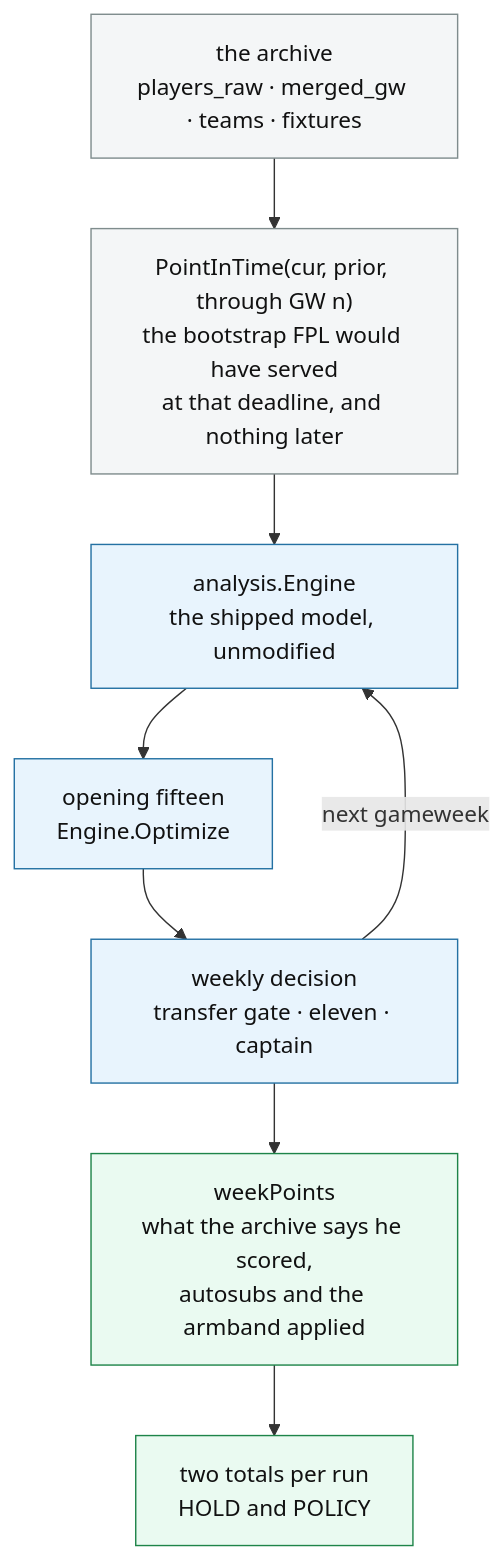
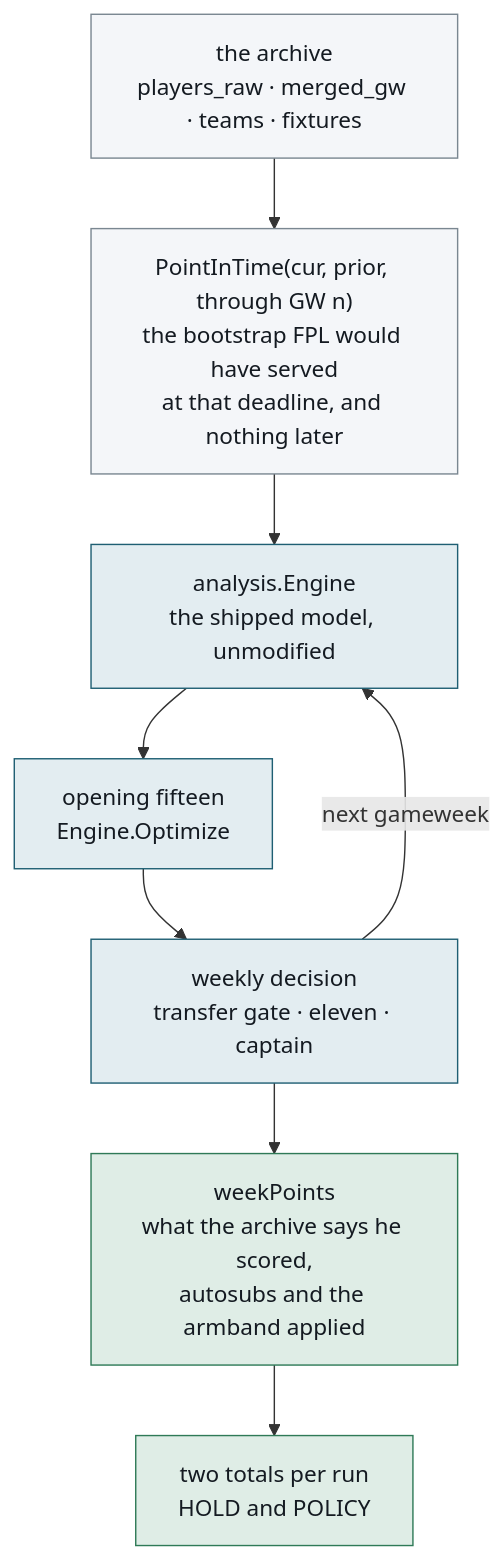
Before and after one commit to beeradb/FPL-Armband: the first of 6 diagrams in docs/replay.md, drawn with Mermaid. The commit also changed other lines of this file and 12 other files, not shown here.

````diff
--- a/docs/replay.md
+++ b/docs/replay.md
@@ -21,25 +24,25 @@
 ```mermaid
 flowchart TB
     arch["the archive<br/>players_raw · merged_gw · teams · fixtures"]
     pit["PointInTime(cur, prior, through GW n)<br/>the bootstrap FPL would have served<br/>at that deadline, and nothing later"]
     eng["analysis.Engine<br/>the shipped model, unmodified"]
     squad["opening fifteen<br/>Engine.Optimize"]
     week["weekly decision<br/>transfer gate · eleven · captain"]
     paid["weekPoints<br/>what the archive says he scored,<br/>autosubs and the armband applied"]
     two["two totals per run<br/>HOLD and POLICY"]
 
     arch --> pit
     pit --> eng
     eng --> squad
     squad --> week
     week -->|"next gameweek"| eng
     week --> paid
     paid --> two
 
-    classDef data fill:#f4f6f7,stroke:#7f8c8d,color:#111
-    classDef core fill:#e8f4fd,stroke:#2471a3,color:#111
-    classDef out fill:#eafaf1,stroke:#1e8449,color:#111
+    classDef data fill:#F4F6F9,stroke:#7A8791,color:#141A21
+    classDef core fill:#E3EDF1,stroke:#1F5F73,color:#141A21
+    classDef out fill:#DFEDE6,stroke:#2F7A57,color:#141A21
     class arch,pit data
     class eng,squad,week core
     class paid,two out
 ```
````
